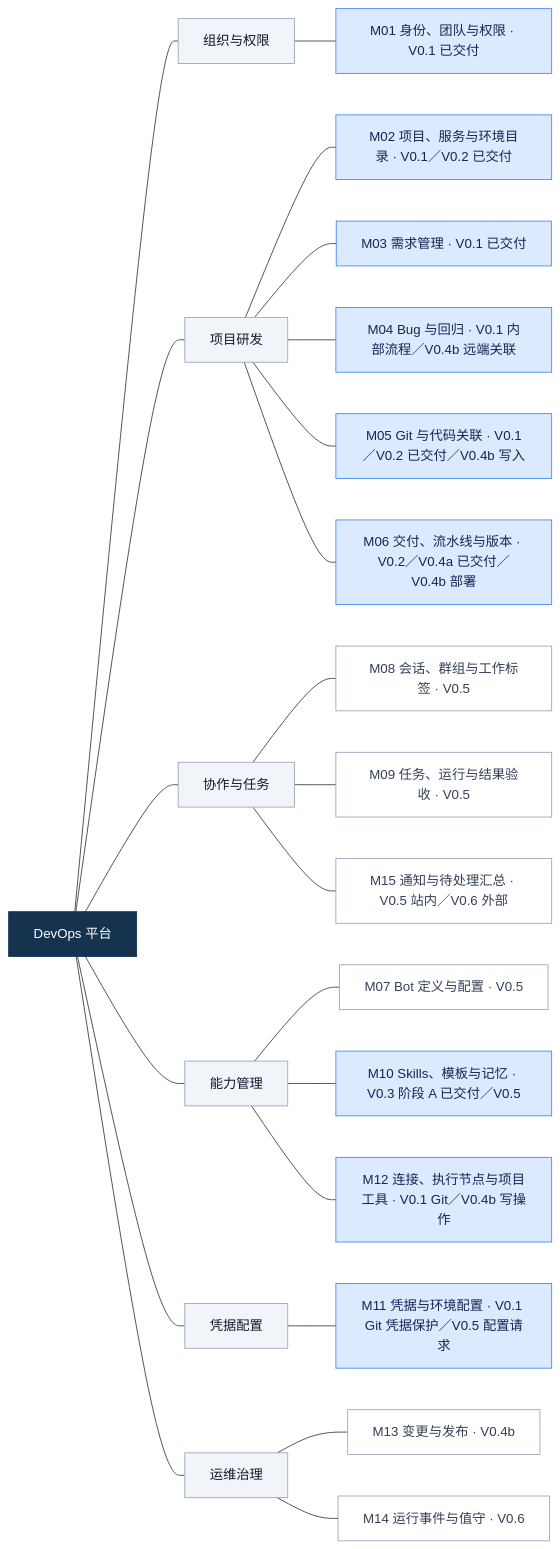
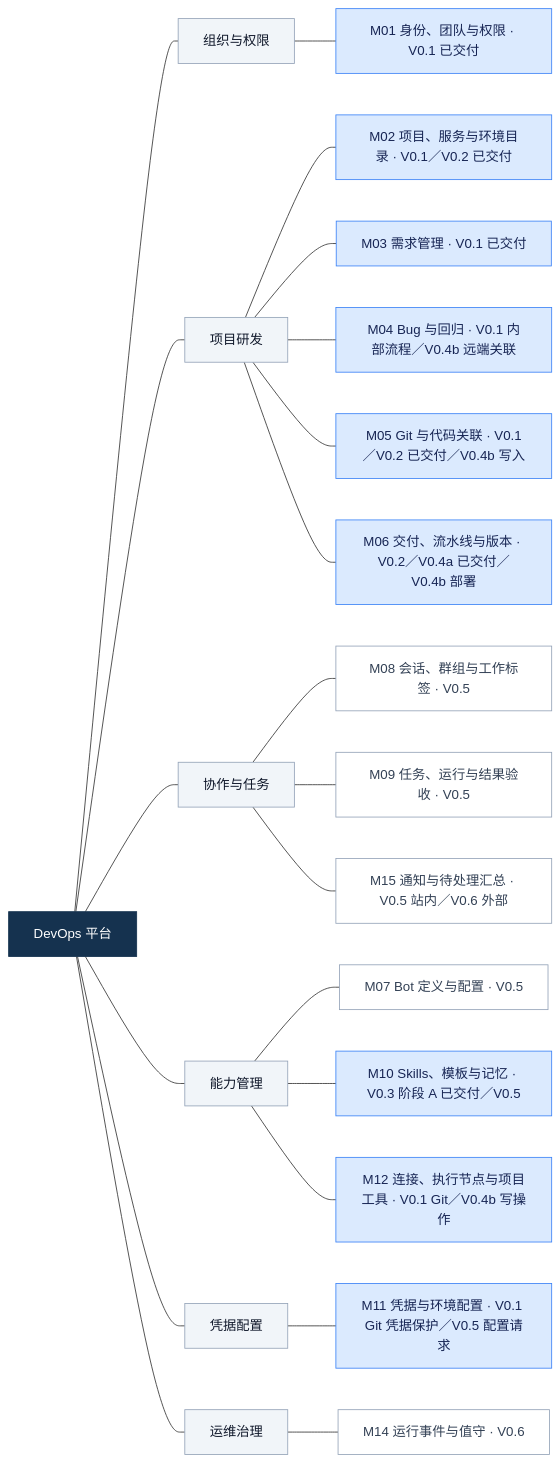
One commit to aiShuiJiaoDeXioShou/dev-ops changed the first of 3 diagrams in docs/prd/project-maps.md. Above: the diagram before and after it, drawn with Mermaid. The commit also changed other lines of this file and 42 other files, not shown here.

````diff
--- a/docs/prd/project-maps.md
+++ b/docs/prd/project-maps.md
@@ -11,35 +11,34 @@
 ```mermaid
 flowchart LR
     platform["DevOps 平台"]
     platform --- organization["组织与权限"]
     platform --- research["项目研发"]
     platform --- collaboration["协作与任务"]
     platform --- capability["能力管理"]
     platform --- credential["凭据配置"]
     platform --- operation["运维治理"]
 
     organization --- m01["M01 身份、团队与权限 · V0.1 已交付"]
     research --- m02["M02 项目、服务与环境目录 · V0.1／V0.2 已交付"]
     research --- m03["M03 需求管理 · V0.1 已交付"]
     research --- m04["M04 Bug 与回归 · V0.1 内部流程／V0.4b 远端关联"]
     research --- m05["M05 Git 与代码关联 · V0.1／V0.2 已交付／V0.4b 写入"]
     research --- m06["M06 交付、流水线与版本 · V0.2／V0.4a 已交付／V0.4b 部署"]
     collaboration --- m08["M08 会话、群组与工作标签 · V0.5"]
     collaboration --- m09["M09 任务、运行与结果验收 · V0.5"]
     collaboration --- m15["M15 通知与待处理汇总 · V0.5 站内／V0.6 外部"]
     capability --- m07["M07 Bot 定义与配置 · V0.5"]
     capability --- m10["M10 Skills、模板与记忆 · V0.3 阶段 A 已交付／V0.5"]
     capability --- m12["M12 连接、执行节点与项目工具 · V0.1 Git／V0.4b 写操作"]
     credential --- m11["M11 凭据与环境配置 · V0.1 Git 凭据保护／V0.5 配置请求"]
-    operation --- m13["M13 变更与发布 · V0.4b"]
     operation --- m14["M14 运行事件与值守 · V0.6"]
 
     classDef root fill:#15324F,color:#FFFFFF,stroke:#15324F
     classDef domain fill:#F1F5F9,color:#0F172A,stroke:#94A3B8
     classDef first fill:#DBEAFE,color:#172554,stroke:#3B82F6
     classDef later fill:#FFFFFF,color:#334155,stroke:#94A3B8
     class platform root
     class organization,research,collaboration,capability,credential,operation domain
     class m01,m02,m03,m04,m05,m06,m10,m11,m12 first
-    class m07,m08,m09,m13,m14,m15 later
+    class m07,m08,m09,m14,m15 later
 ```
````
